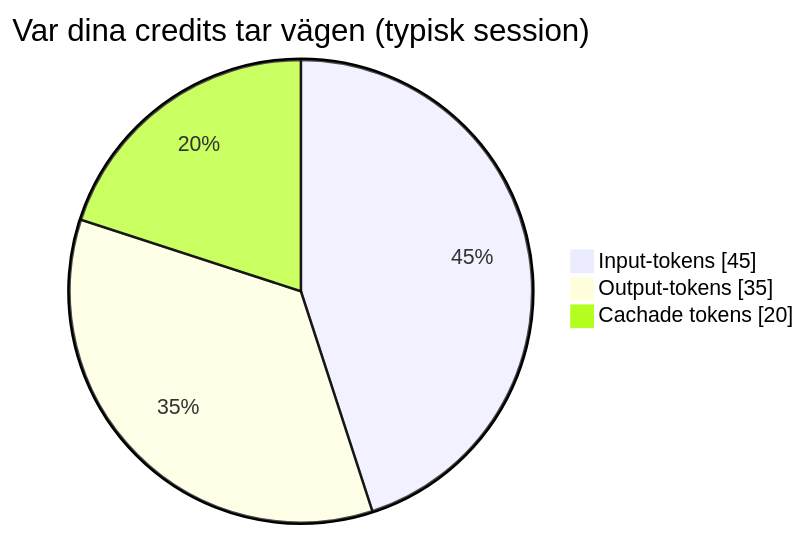
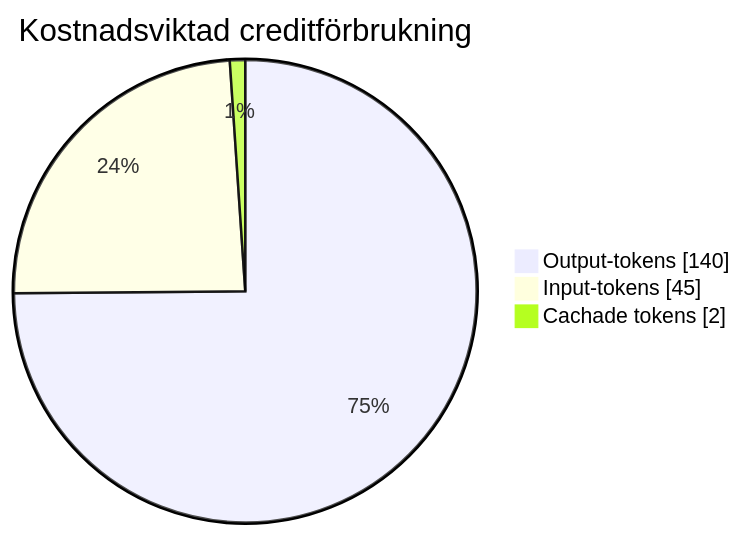
The second of 4 diagrams in token-economy-course/src/content/docs/sv/01-hidden-tax.mdx (dandahprecio/vibe-on-budget), drawn with Mermaid before and after one commit. The commit also changed other lines of this file and 1 other file, not shown here.

Commit message:
fix: replace unsourced pie chart with cost-weighted ET diagram, relocate formula

````diff
--- a/token-economy-course/src/content/docs/sv/01-hidden-tax.mdx
+++ b/token-economy-course/src/content/docs/sv/01-hidden-tax.mdx
@@ -42,7 +42,7 @@
 ```mermaid
 pie showData
-    title Var dina credits tar vägen (typisk session)
+    title Kostnadsviktad creditförbrukning
+    "Output-tokens" : 140
     "Input-tokens" : 45
-    "Output-tokens" : 35
-    "Cachade tokens" : 20
+    "Cachade tokens" : 2
 ```
````
